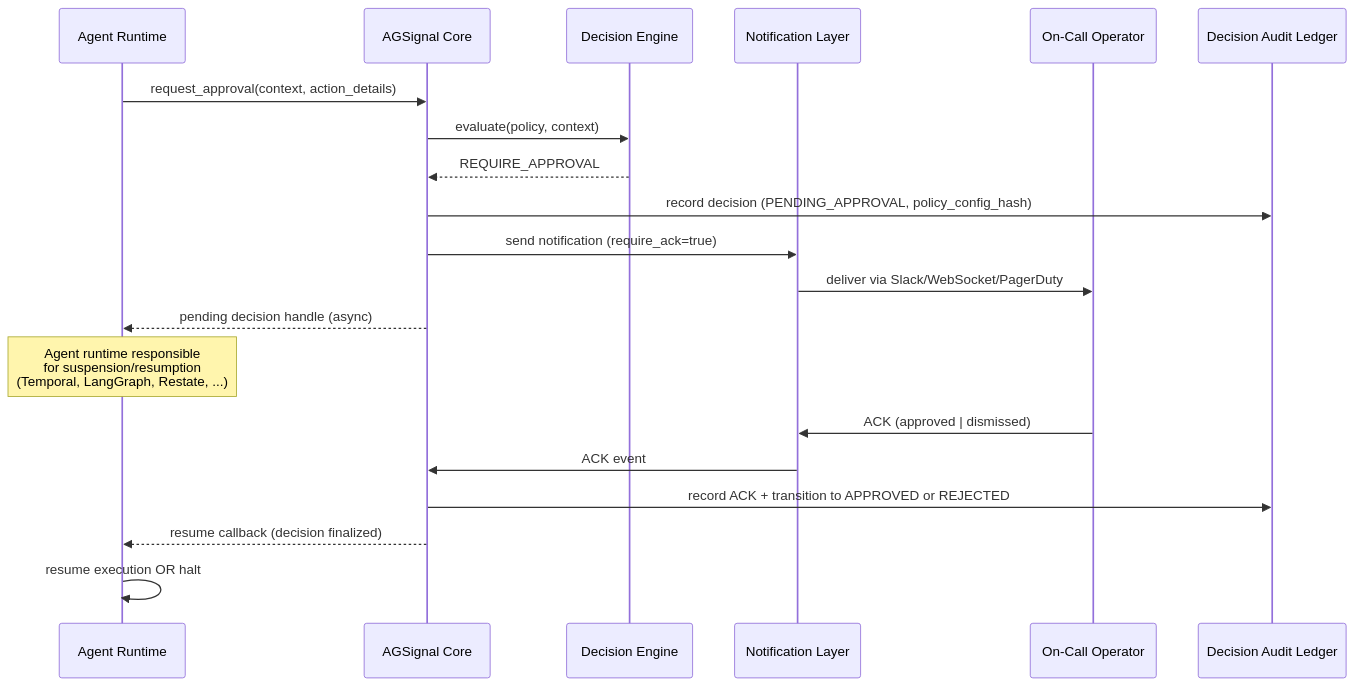
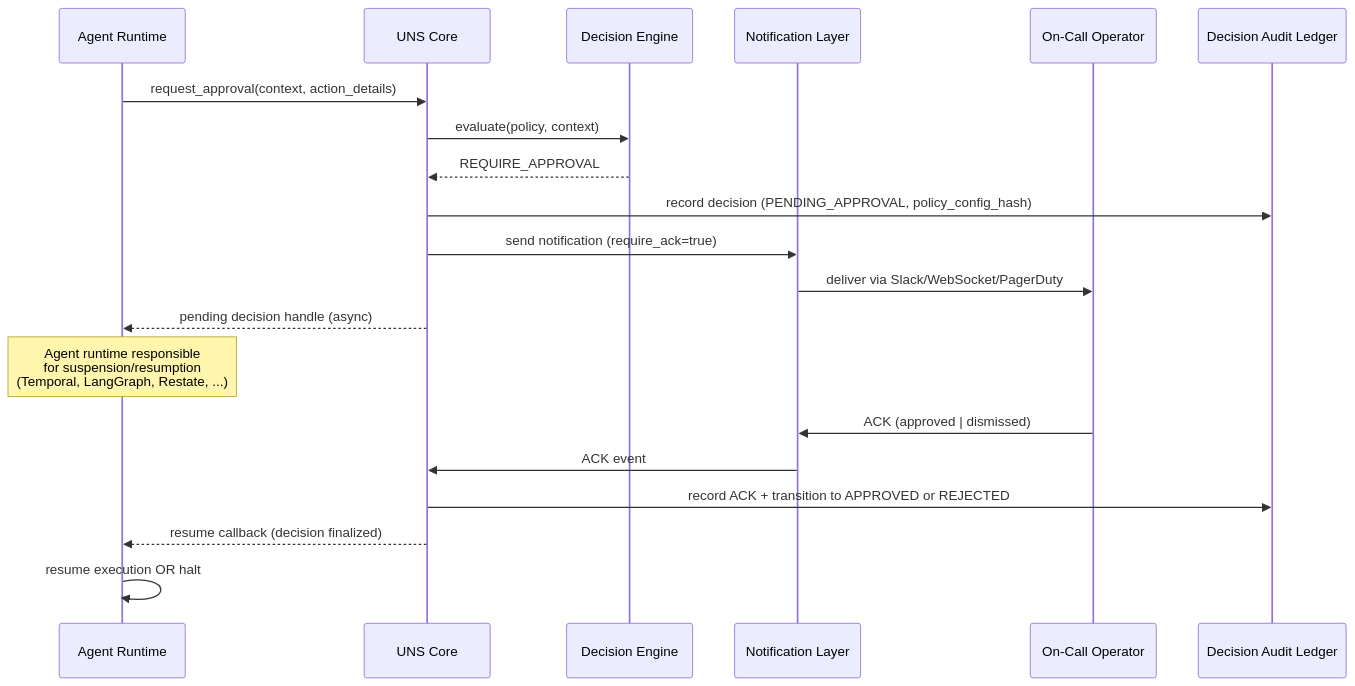
The second of 2 diagrams in docs/archive/pre-consolidation/agent_governance_control_plane_prd.md (ylecoyote/uns), drawn with Mermaid before and after one commit. The commit also changed other lines of this file and 309 other files, not shown here.

Commit message:
refactor(uns): consolidate agsignal/agsignal_mcp into uns/uns_mcp and remove legacy naming

````diff
--- a/docs/archive/pre-consolidation/agent_governance_control_plane_prd.md
+++ b/docs/archive/pre-consolidation/agent_governance_control_plane_prd.md
@@ -255,23 +255,23 @@
 ```mermaid
 sequenceDiagram
     participant Agent as Agent Runtime
-    participant AGS as AGSignal Core
+    participant AGS as UNS Core
     participant DE as Decision Engine
     participant Notify as Notification Layer
     participant Op as On-Call Operator
     participant Audit as Decision Audit Ledger
 
     Agent->>AGS: request_approval(context, action_details)
     AGS->>DE: evaluate(policy, context)
     DE-->>AGS: REQUIRE_APPROVAL
     AGS->>Audit: record decision (PENDING_APPROVAL, policy_config_hash)
     AGS->>Notify: send notification (require_ack=true)
     Notify->>Op: deliver via Slack/WebSocket/PagerDuty
     AGS-->>Agent: pending decision handle (async)
     Note over Agent: Agent runtime responsible<br/>for suspension/resumption<br/>(Temporal, LangGraph, Restate, ...)
     Op->>Notify: ACK (approved | dismissed)
     Notify->>AGS: ACK event
     AGS->>Audit: record ACK + transition to APPROVED or REJECTED
     AGS-->>Agent: resume callback (decision finalized)
     Agent->>Agent: resume execution OR halt
 ```
````
